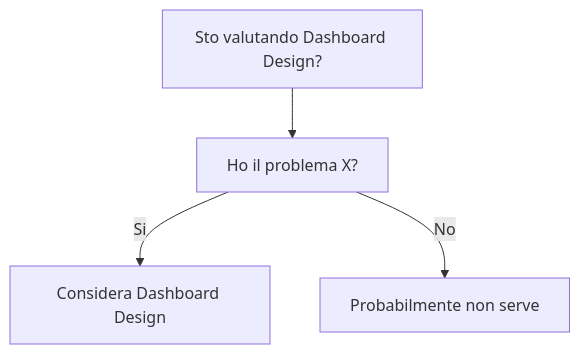
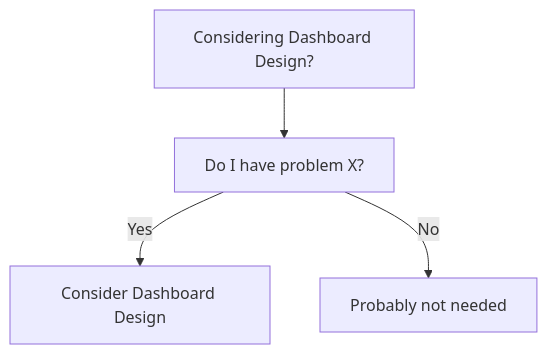
One commit to HxT9/Software-Dev-Wiki changed the diagram in dev-wiki/12_Observability/Dashboard_Design/When_To_Use.md. Above: the diagram before and after it, drawn with Mermaid. The commit also changed other lines of this file and 3444 other files, not shown here.

````diff
--- a/dev-wiki/12_Observability/Dashboard_Design/When_To_Use.md
+++ b/dev-wiki/12_Observability/Dashboard_Design/When_To_Use.md
@@ -19,6 +19,6 @@
 ```mermaid
 flowchart TD
-  Q[Sto valutando Dashboard Design?] --> Q1[Ho il problema X?]
-  Q1 -->|Si| OK[Considera Dashboard Design]
-  Q1 -->|No| NO[Probabilmente non serve]
+  Q[Considering Dashboard Design?] --> Q1[Do I have problem X?]
+  Q1 -->|Yes| OK[Consider Dashboard Design]
+  Q1 -->|No| NO[Probably not needed]
 ```
````
